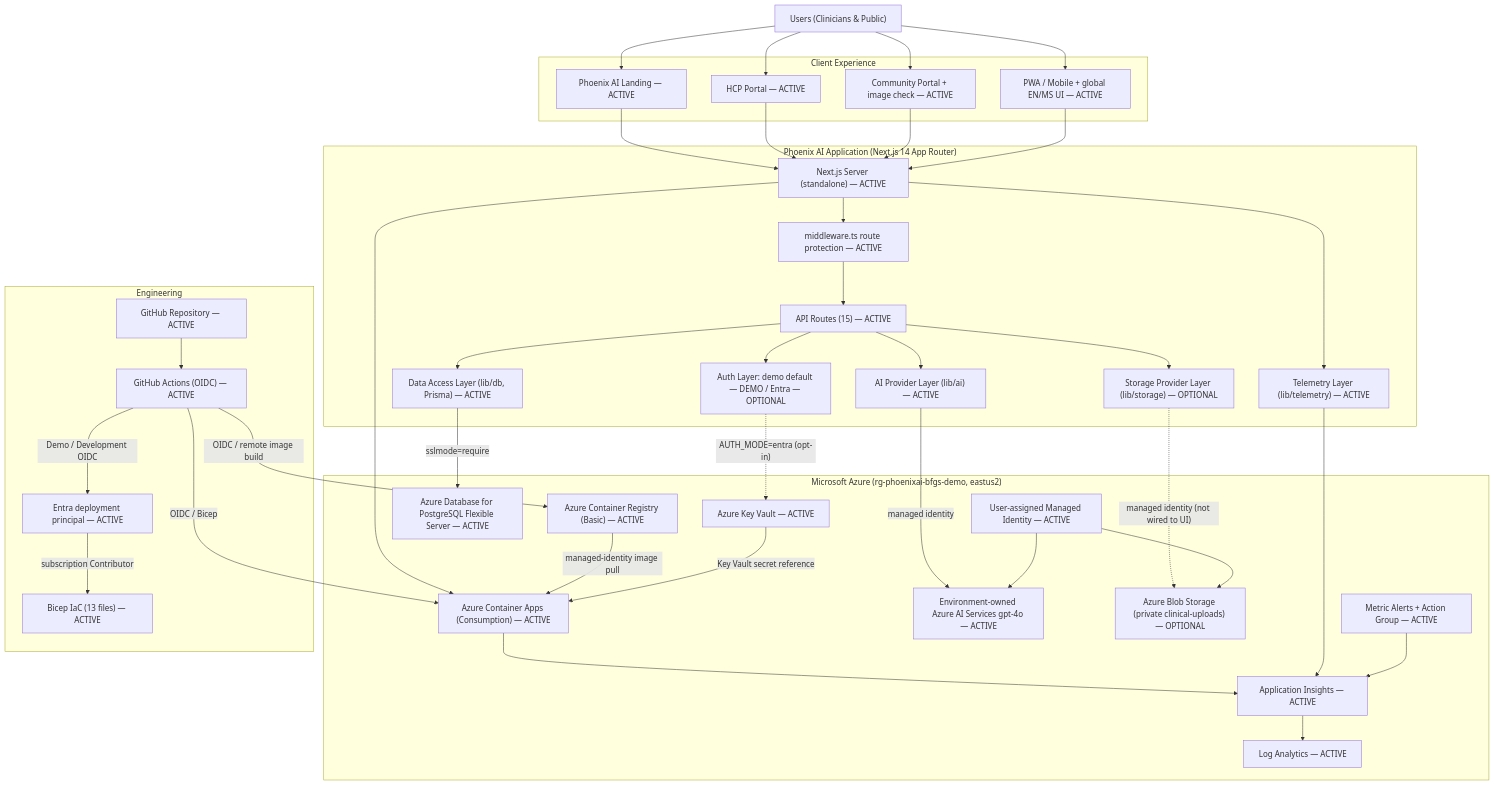
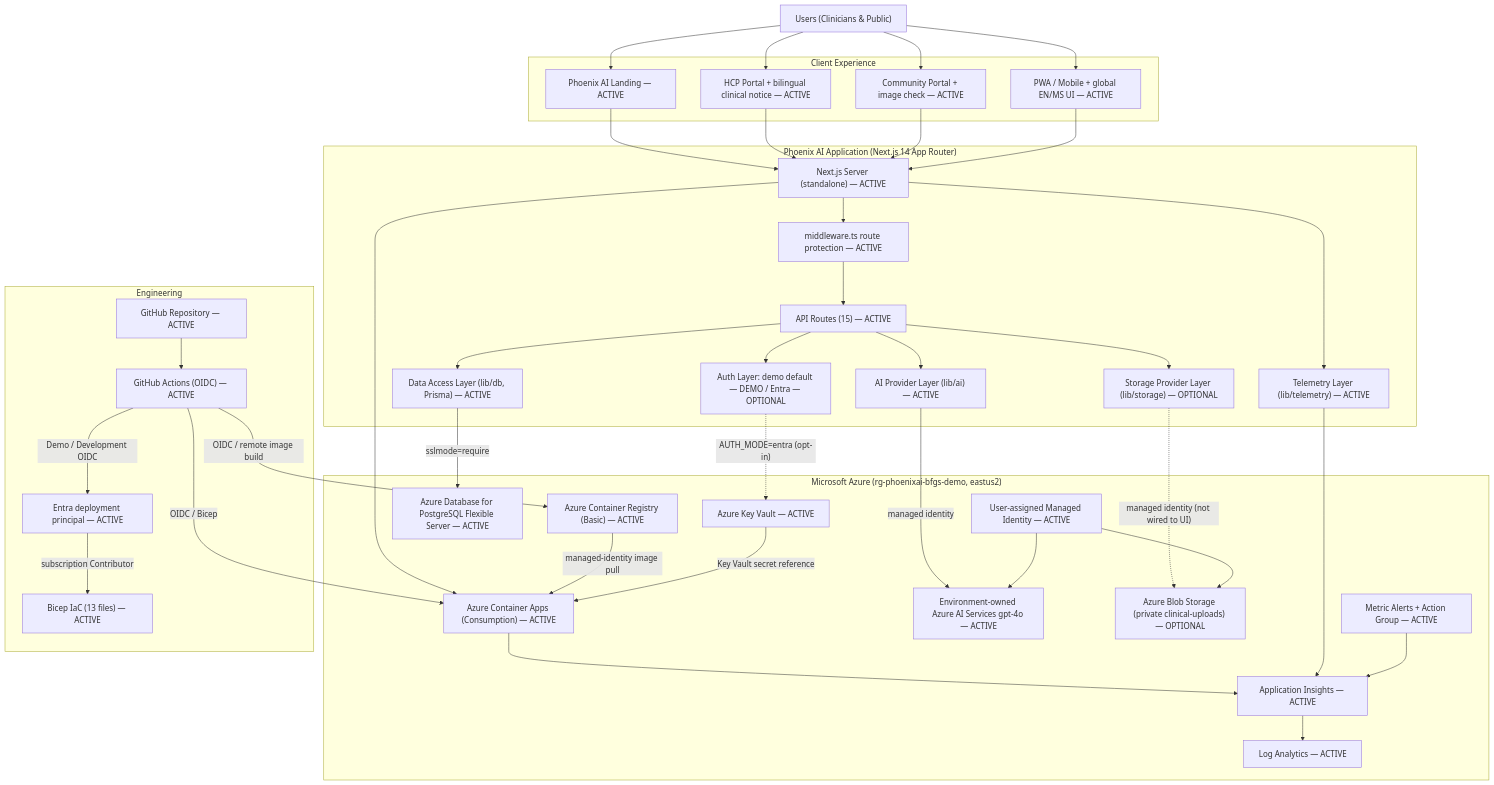
One commit to polyfuze4336-bot/phoenix-ai-azure changed the diagram in docs/architecture/current-architecture.md. Above: the diagram before and after it, drawn with Mermaid. The commit also changed other lines of this file and 23 other files, not shown here.

Commit message:
feat: restore HCP clinical safety notice

````diff
--- a/docs/architecture/current-architecture.md
+++ b/docs/architecture/current-architecture.md
@@ -55,81 +55,81 @@
 ```mermaid
 flowchart TB
     Users["Users (Clinicians & Public)"]
 
     subgraph CLIENT["Client Experience"]
         Landing["Phoenix AI Landing — ACTIVE"]
-        HCP["HCP Portal — ACTIVE"]
+        HCP["HCP Portal + bilingual clinical notice — ACTIVE"]
         Community["Community Portal + image check — ACTIVE"]
         PWA["PWA / Mobile + global EN/MS UI — ACTIVE"]
     end
 
     subgraph APP["Phoenix AI Application (Next.js 14 App Router)"]
         Next["Next.js Server (standalone) — ACTIVE"]
         MW["middleware.ts route protection — ACTIVE"]
         API["API Routes (15) — ACTIVE"]
         Auth["Auth Layer: demo default — DEMO / Entra — OPTIONAL"]
         AIProvider["AI Provider Layer (lib/ai) — ACTIVE"]
         Data["Data Access Layer (lib/db, Prisma) — ACTIVE"]
         Storage["Storage Provider Layer (lib/storage) — OPTIONAL"]
         Telemetry["Telemetry Layer (lib/telemetry) — ACTIVE"]
     end
 
     subgraph AZURE["Microsoft Azure (rg-phoenixai-bfgs-demo, eastus2)"]
         ContainerApp["Azure Container Apps (Consumption) — ACTIVE"]
         ACR["Azure Container Registry (Basic) — ACTIVE"]
         Foundry["Environment-owned Azure AI Services gpt-4o — ACTIVE"]
         PostgreSQL["Azure Database for PostgreSQL Flexible Server — ACTIVE"]
         Blob["Azure Blob Storage (private clinical-uploads) — OPTIONAL"]
         KV["Azure Key Vault — ACTIVE"]
         MI["User-assigned Managed Identity — ACTIVE"]
         Insights["Application Insights — ACTIVE"]
         Logs["Log Analytics — ACTIVE"]
         Alerts["Metric Alerts + Action Group — ACTIVE"]
     end
 
     subgraph DEVOPS["Engineering"]
         GitHub["GitHub Repository — ACTIVE"]
         Actions["GitHub Actions (OIDC) — ACTIVE"]
         DeployIdentity["Entra deployment principal — ACTIVE"]
         Bicep["Bicep IaC (13 files) — ACTIVE"]
     end
 
     Users --> Landing
     Users --> HCP
     Users --> Community
     Users --> PWA
 
     Landing --> Next
     HCP --> Next
     Community --> Next
     PWA --> Next
 
     Next --> MW
     MW --> API
     API --> Auth
     API --> AIProvider
     API --> Data
     API --> Storage
     Next --> Telemetry
 
     AIProvider -->|"managed identity"| Foundry
     Data -->|"sslmode=require"| PostgreSQL
     Storage -.->|"managed identity (not wired to UI)"| Blob
     Auth -.->|"AUTH_MODE=entra (opt-in)"| KV
 
     Next --> ContainerApp
     ACR -->|"managed-identity image pull"| ContainerApp
     ContainerApp --> Insights
     Telemetry --> Insights
     Insights --> Logs
     Alerts --> Insights
     KV -->|"Key Vault secret reference"| ContainerApp
     MI --> Foundry
     MI --> Blob
 
     GitHub --> Actions
     Actions -->|"Demo / Development OIDC"| DeployIdentity
     DeployIdentity -->|"subscription Contributor"| Bicep
     Actions -->|"OIDC / remote image build"| ACR
     Actions -->|"OIDC / Bicep"| ContainerApp
 ```
````
